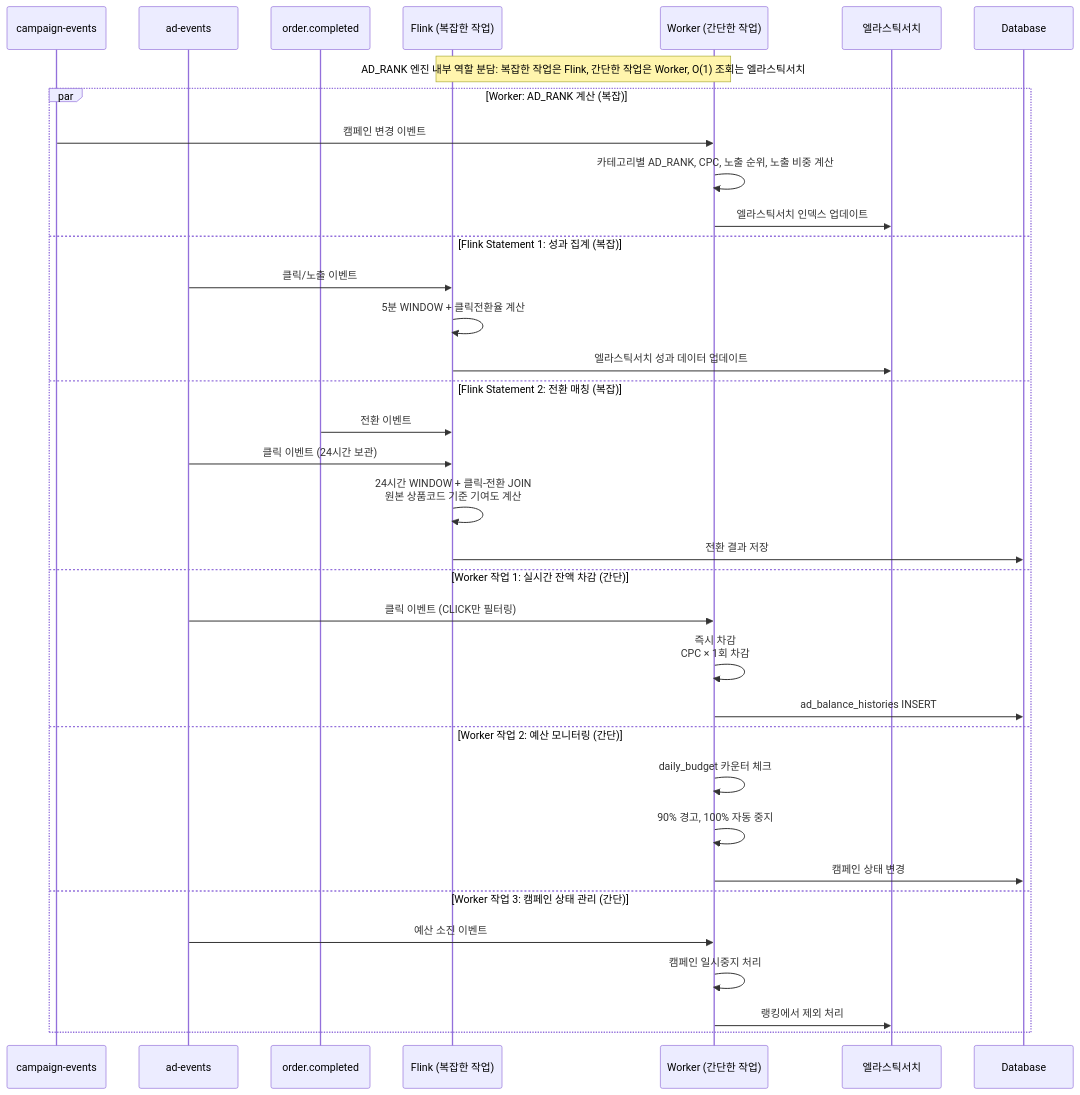
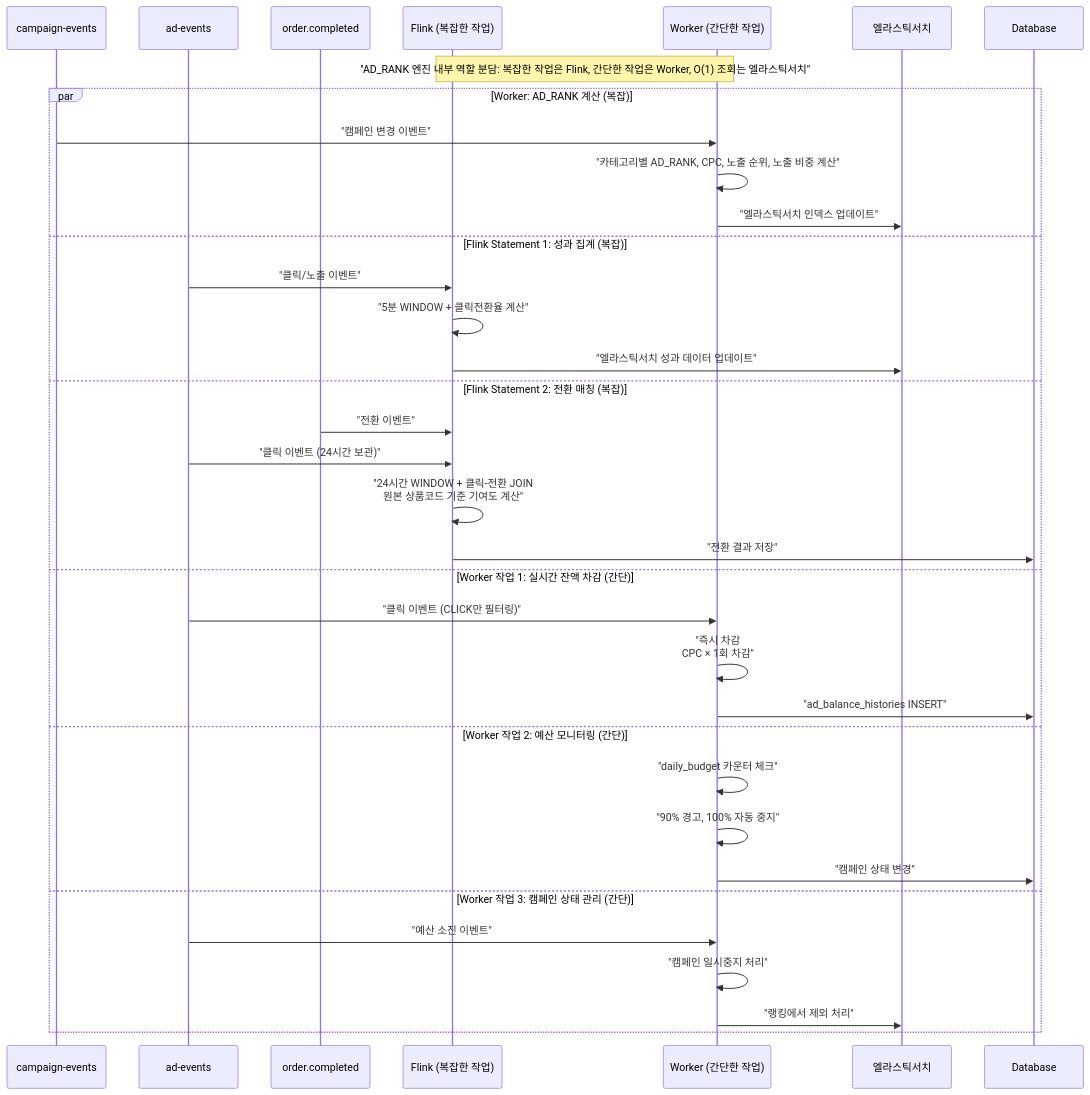
The fifth of 6 diagrams in docs/2. 설계/2-2. 아키텍처.md (smk692/advertisement-project), drawn with Mermaid before and after one commit. The commit also changed other lines of this file and 3 other files, not shown here.

First line of the commit message:
fix: Mermaid 다이어그램 파싱 에러 수정 - 한글 라벨 따옴표 처리

````diff
--- a/docs/2. 설계/2-2. 아키텍처.md
+++ b/docs/2. 설계/2-2. 아키텍처.md
@@ -266,39 +266,39 @@
 ```mermaid
 sequenceDiagram
     participant K1 as campaign-events
     participant K2 as ad-events  
     participant K3 as order.completed
     participant F as Flink (복잡한 작업)
     participant W as Worker (간단한 작업)
     participant ES as 엘라스틱서치
     participant DB as Database
     
-    Note over F,W: AD_RANK 엔진 내부 역할 분담: 복잡한 작업은 Flink, 간단한 작업은 Worker, O(1) 조회는 엘라스틱서치
+    Note over F,W: "AD_RANK 엔진 내부 역할 분담: 복잡한 작업은 Flink, 간단한 작업은 Worker, O(1) 조회는 엘라스틱서치"
     
     par Worker: AD_RANK 계산 (복잡)
-        K1->>W: 캠페인 변경 이벤트
-        W->>W: 카테고리별 AD_RANK, CPC, 노출 순위, 노출 비중 계산
-        W->>ES: 엘라스틱서치 인덱스 업데이트
+        K1->>W: "캠페인 변경 이벤트"
+        W->>W: "카테고리별 AD_RANK, CPC, 노출 순위, 노출 비중 계산"
+        W->>ES: "엘라스틱서치 인덱스 업데이트"
     and Flink Statement 1: 성과 집계 (복잡)
-        K2->>F: 클릭/노출 이벤트
-        F->>F: 5분 WINDOW + 클릭전환율 계산
-        F->>ES: 엘라스틱서치 성과 데이터 업데이트
+        K2->>F: "클릭/노출 이벤트"
+        F->>F: "5분 WINDOW + 클릭전환율 계산"
+        F->>ES: "엘라스틱서치 성과 데이터 업데이트"
     and Flink Statement 2: 전환 매칭 (복잡)
-        K3->>F: 전환 이벤트  
-        K2->>F: 클릭 이벤트 (24시간 보관)
-        F->>F: 24시간 WINDOW + 클릭-전환 JOIN<br/>원본 상품코드 기준 기여도 계산
-        F->>DB: 전환 결과 저장
+        K3->>F: "전환 이벤트"  
+        K2->>F: "클릭 이벤트 (24시간 보관)"
+        F->>F: "24시간 WINDOW + 클릭-전환 JOIN<br/>원본 상품코드 기준 기여도 계산"
+        F->>DB: "전환 결과 저장"
     and Worker 작업 1: 실시간 잔액 차감 (간단)
-        K2->>W: 클릭 이벤트 (CLICK만 필터링)
-        W->>W: 즉시 차감<br/>CPC × 1회 차감
-        W->>DB: ad_balance_histories INSERT
+        K2->>W: "클릭 이벤트 (CLICK만 필터링)"
+        W->>W: "즉시 차감<br/>CPC × 1회 차감"
+        W->>DB: "ad_balance_histories INSERT"
     and Worker 작업 2: 예산 모니터링 (간단)
-        W->>W: daily_budget 카운터 체크
-        W->>W: 90% 경고, 100% 자동 중지
-        W->>DB: 캠페인 상태 변경
+        W->>W: "daily_budget 카운터 체크"
+        W->>W: "90% 경고, 100% 자동 중지"
+        W->>DB: "캠페인 상태 변경"
     and Worker 작업 3: 캠페인 상태 관리 (간단)
-        K2->>W: 예산 소진 이벤트
-        W->>W: 캠페인 일시중지 처리
-        W->>ES: 랭킹에서 제외 처리
+        K2->>W: "예산 소진 이벤트"
+        W->>W: "캠페인 일시중지 처리"
+        W->>ES: "랭킹에서 제외 처리"
     end
 ```
````
